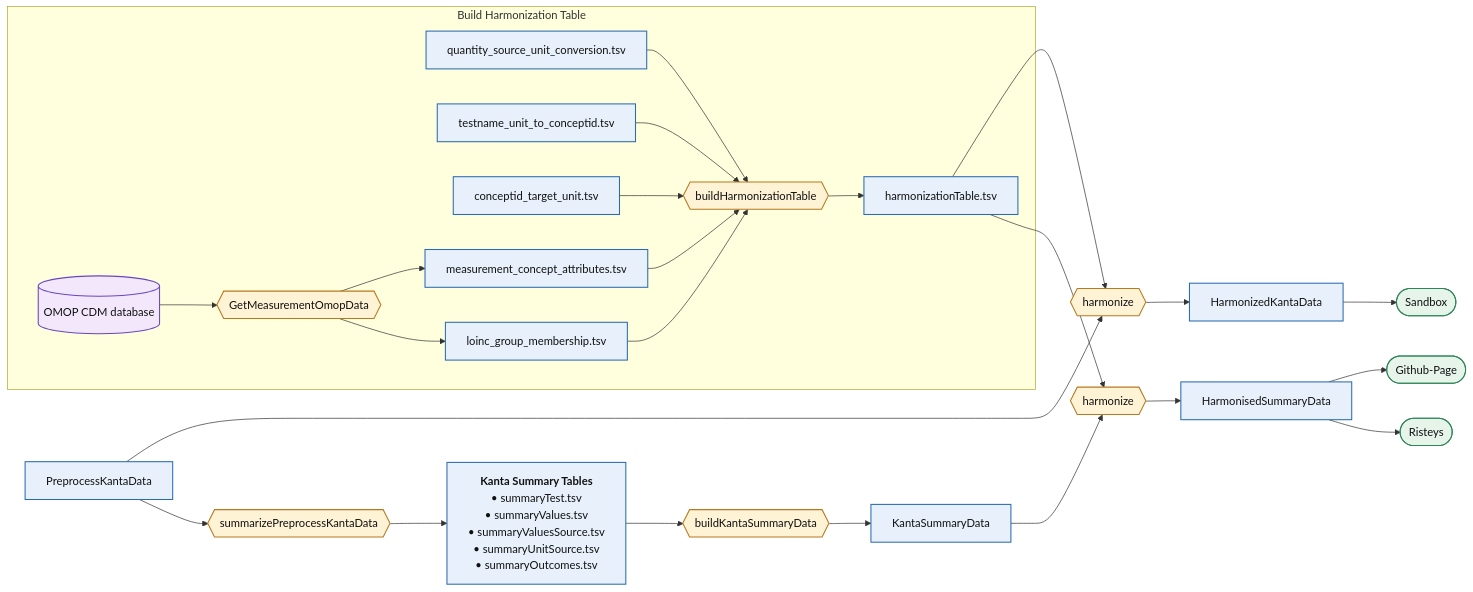
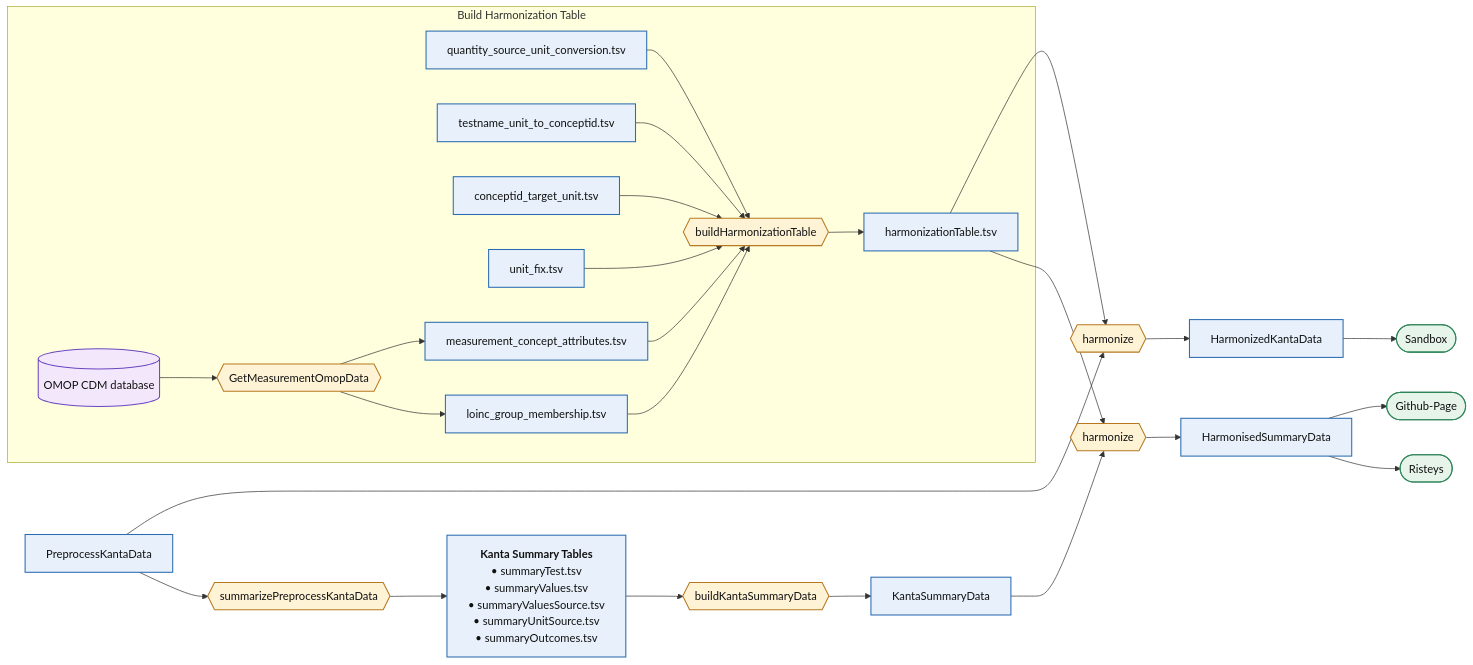
Before and after one commit to FINNGEN/kanta_lab_harmonisation_public: the diagram in DOCUMENTAION/Structure.md, drawn with Mermaid. The commit also changed other lines of this file, not shown here.

Commit message:
Infra: Docs update Structure for unit fix, PREPROCESED_UNIT and has_property

````diff
--- a/DOCUMENTAION/Structure.md
+++ b/DOCUMENTAION/Structure.md
@@ -5,57 +5,59 @@
 ```mermaid
 flowchart LR
     %% Data = rectangles, Scripts = hexagons, Databases = cylinders, Destinations = stadium
     RAW["PreprocessKantaData"]:::data
     SUM{{"summarizePreprocessKantaData"}}:::script
 
     SRC["<b>Kanta Summary Tables</b><br/>• summaryTest.tsv<br/>• summaryValues.tsv<br/>• summaryValuesSource.tsv<br/>• summaryUnitSource.tsv<br/>• summaryOutcomes.tsv"]:::data
 
     GSD{{"buildKantaSummaryData"}}:::script
     SUMDATA["KantaSummaryData"]:::data
 
     subgraph MAP["Build Harmonization Table"]
         M1["quantity_source_unit_conversion.tsv"]:::data
         M2["testname_unit_to_conceptid.tsv"]:::data
         M4["conceptid_target_unit.tsv"]:::data
+        M5["unit_fix.tsv"]:::data
         OMOPDB[("OMOP CDM database")]:::db
         GETOMOP{{"GetMeasurementOmopData"}}:::script
         M6["measurement_concept_attributes.tsv"]:::data
         M7["loinc_group_membership.tsv"]:::data
         COMB{{"buildHarmonizationTable"}}:::script
         HTAB["harmonizationTable.tsv"]:::data
     end
 
     HARMRAW{{"harmonize"}}:::script
     HARMSUM{{"harmonize"}}:::script
     HKANTA["HarmonizedKantaData"]:::data
     HSUM["HarmonisedSummaryData"]:::data
     SANDBOX(["Sandbox"]):::dest
     GHP(["Github-Page"]):::dest
     RIS(["Risteys"]):::dest
 
     RAW --> HARMRAW
     RAW --> SUM --> SRC
     SRC --> GSD --> SUMDATA
     M1 --> COMB
     M2 --> COMB
     M4 --> COMB
+    M5 --> COMB
     OMOPDB --> GETOMOP
     GETOMOP --> M6
     GETOMOP --> M7
     M6 --> COMB
     M7 --> COMB
     COMB --> HTAB
     HTAB --> HARMRAW
     SUMDATA --> HARMSUM
     HTAB --> HARMSUM
     HARMSUM --> HSUM
     HSUM --> GHP
     HSUM --> RIS
     HARMRAW --> HKANTA --> SANDBOX
     
 
     classDef data fill:#e8f1fb,stroke:#2b6cb0,stroke-width:1.5px,color:#111;
     classDef script fill:#fff3d6,stroke:#b7791f,stroke-width:1.5px,color:#111;
     classDef db fill:#f3e8fb,stroke:#6b46c1,stroke-width:1.5px,color:#111;
     classDef dest fill:#e6f4ea,stroke:#2f855a,stroke-width:1.5px,color:#111;
 ```
````
